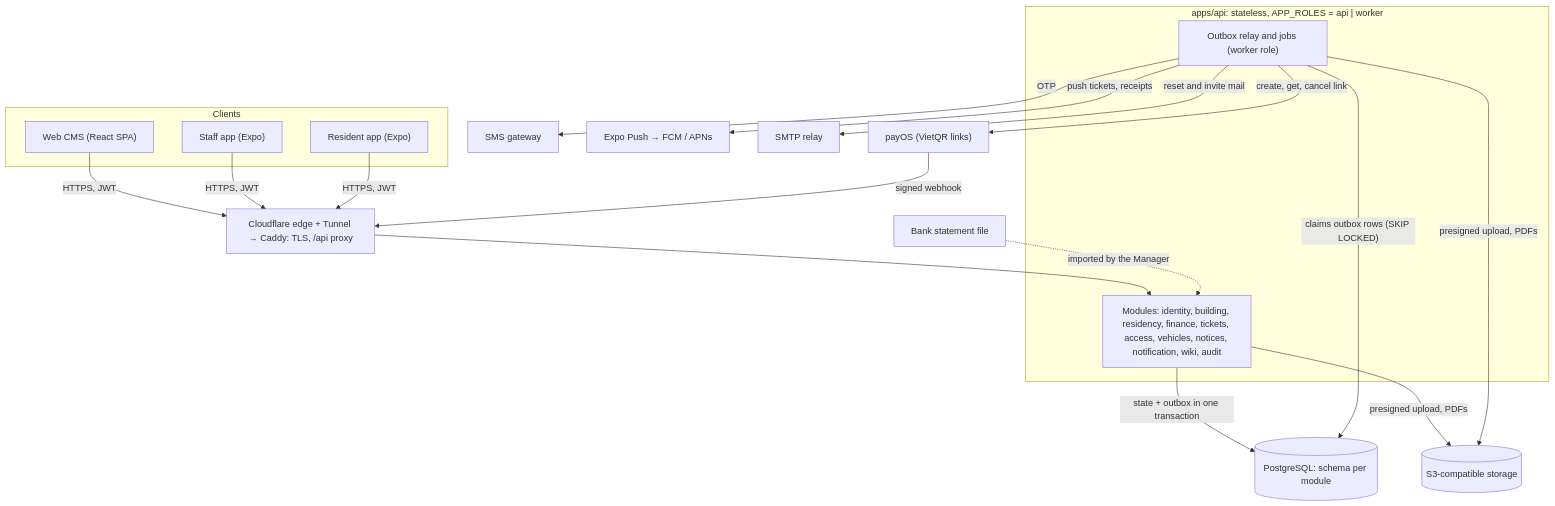
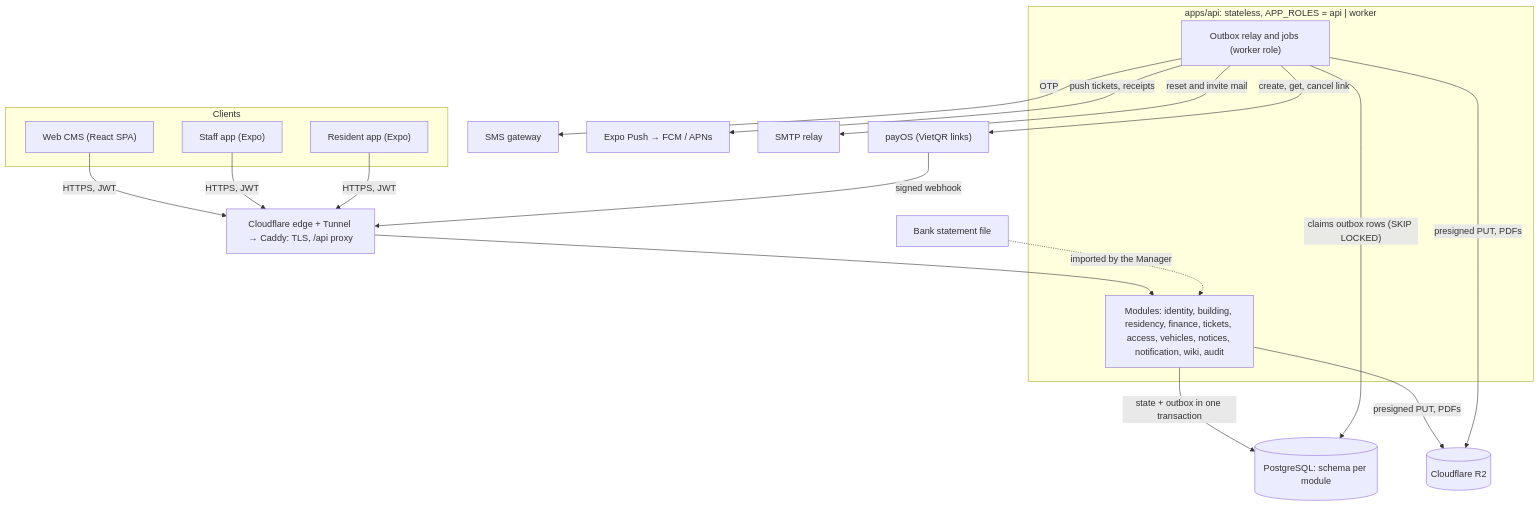
Before and after one commit to ninggiangboy/residential-management-system: the second of 15 diagrams in residential-management-sdd.md, drawn with Mermaid. The commit also changed other lines of this file, not shown here.

````diff
--- a/residential-management-sdd.md
+++ b/residential-management-sdd.md
@@ -285,24 +340,24 @@
 ```mermaid
 flowchart TD
   subgraph Clients
     WEB["Web CMS (React SPA)"]
     SAPP["Staff app (Expo)"]
     RAPP["Resident app (Expo)"]
   end
   EDGE["Cloudflare edge + Tunnel → Caddy: TLS, /api proxy"]
   WEB & SAPP & RAPP -- "HTTPS, JWT" --> EDGE
   subgraph API["apps/api: stateless, APP_ROLES = api | worker"]
     MODS["Modules: identity, building, residency, finance, tickets, access, vehicles, notices, notification, wiki, audit"]
     RELAY["Outbox relay and jobs (worker role)"]
   end
   EDGE --> MODS
   MODS -- "state + outbox in one transaction" --> PG[("PostgreSQL: schema per module")]
   RELAY -- "claims outbox rows (SKIP LOCKED)" --> PG
-  MODS & RELAY -- "presigned upload, PDFs" --> S3[("S3-compatible storage")]
+  MODS & RELAY -- "presigned PUT, PDFs" --> S3[("Cloudflare R2")]
   PAYOS["payOS (VietQR links)"] -- "signed webhook" --> EDGE
   RELAY -- "create, get, cancel link" --> PAYOS
   RELAY -- "OTP" --> SMS["SMS gateway"]
   RELAY -- "push tickets, receipts" --> EXPO["Expo Push → FCM / APNs"]
   RELAY -- "reset and invite mail" --> SMTP["SMTP relay"]
   BANK["Bank statement file"] -. "imported by the Manager" .-> MODS
 ```
````
